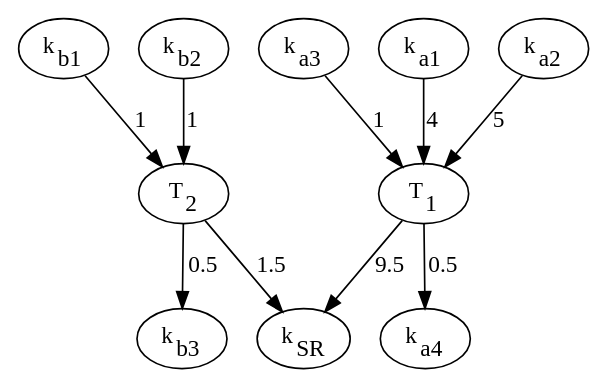
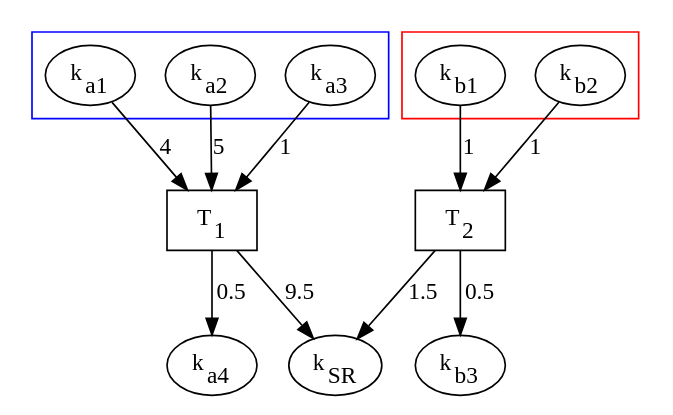
Before and after one commit to graingert/bitcoin-IRP: the diagram in img/group_addresses.dot, drawn with Graphviz. The commit also changed 1 other file, not shown here.

```diff
--- a/img/group_addresses.dot
+++ b/img/group_addresses.dot
@@ -1,21 +1,34 @@
 digraph g{
+  
+  subgraph cluster_userA {
+    color=blue;
+    k_a1;
+    k_a2;
+    k_a3;
+  }
+  subgraph cluster_userB {
+    color=red;
+    k_b1;
+    k_b2;
+  }
+
   k_a1 -> T_1 [label=4];
   k_a2 -> T_1 [label=5];
   k_a3 -> T_1 [label=1];
   T_1 -> k_a4 [label=0.5];
   T_1 -> k_sr [label=9.5];
   k_b1 -> T_2 [label=1];
   k_b2 -> T_2 [label=1];
   T_2 -> k_b3 [label=0.5];
   T_2 -> k_sr [label=1.5];
   k_a1[label=<k<SUB>a1</SUB>>];
   k_a2[label=<k<SUB>a2</SUB>>];
   k_a3[label=<k<SUB>a3</SUB>>];
   k_a4[label=<k<SUB>a4</SUB>>];
-  T_1[label=<T<SUB>1</SUB>>];
-  T_2[label=<T<SUB>2</SUB>>];
+  T_1[shape=box,label=<T<SUB>1</SUB>>];
+  T_2[shape=box,label=<T<SUB>2</SUB>>];
   k_b1[label=<k<SUB>b1</SUB>>];
   k_b2[label=<k<SUB>b2</SUB>>];
   k_b3[label=<k<SUB>b3</SUB>>];
   k_sr[label=<k<SUB>SR</SUB>>];
 }
```
